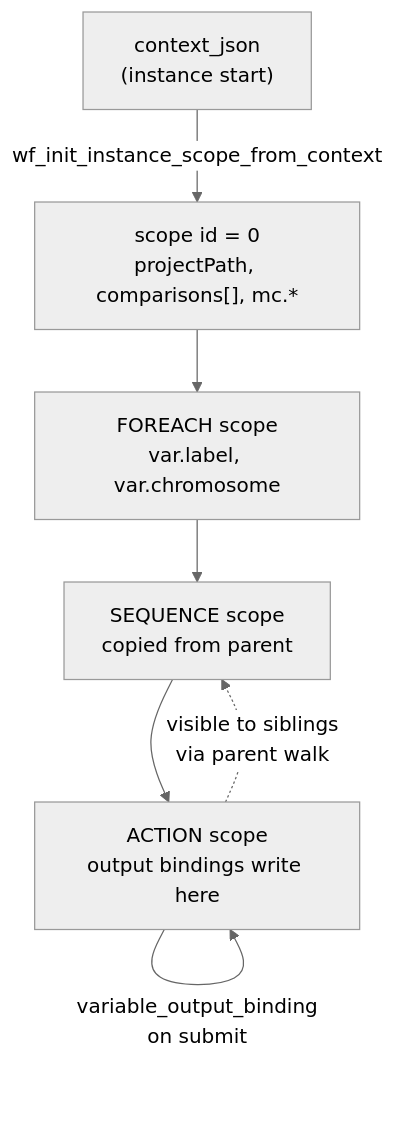
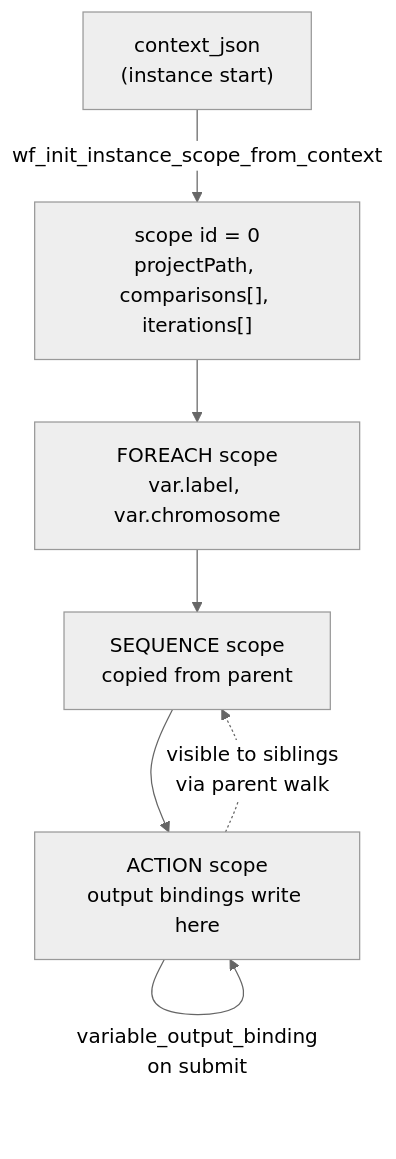
One commit to Goliath-Research/GoliathWorkflow changed the seventh of 12 diagrams in workflow_engine/docs/pipeline_architecture.md. Above: the diagram before and after it, drawn with Mermaid (neutral theme). The commit also changed other lines of this file and 37 other files, not shown here.

````diff
--- a/workflow_engine/docs/pipeline_architecture.md
+++ b/workflow_engine/docs/pipeline_architecture.md
@@ -444,14 +444,14 @@
 ```mermaid
 flowchart TD
   ctx["context_json\n(instance start)"]
-  root["scope id = 0\nprojectPath, comparisons[], mc.*"]
+  root["scope id = 0\nprojectPath, comparisons[], iterations[]"]
   fecp["FOREACH scope\nvar.label, var.chromosome"]
   seq["SEQUENCE scope\ncopied from parent"]
   act["ACTION scope\noutput bindings write here"]
   ctx -->|"wf_init_instance_scope_from_context"| root
   root --> fecp
   fecp --> seq
   seq --> act
   act -->|"variable_output_binding\non submit"| act
   act -.->|"visible to siblings\nvia parent walk"| seq
 ```
````
